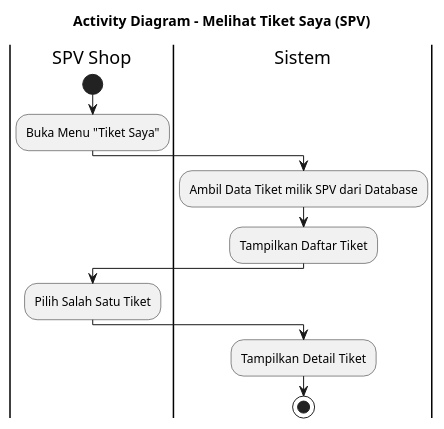
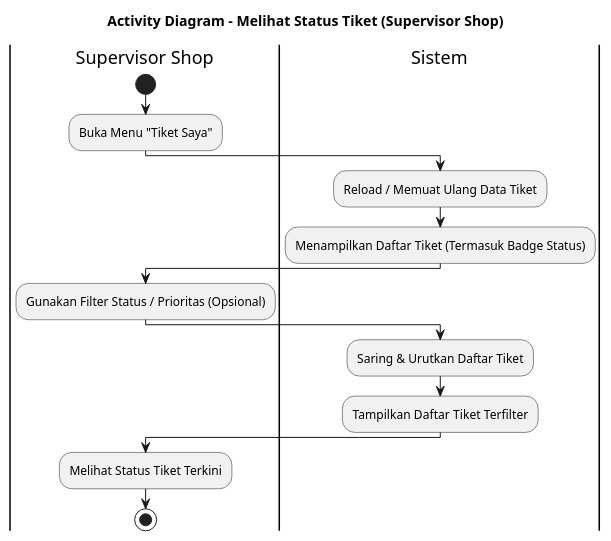
The third of 14 diagrams in docs/activity-diagrams.puml (mrahmatfadila/bissmillah-skripsi-web), drawn with PlantUML before and after one commit. The commit also changed other lines of this file and 62 other files, not shown here.

Commit message:
Update database and seeds with real Terminal 2 & 3 supervisor data and sync other project files

```diff
--- a/docs/activity-diagrams.puml
+++ b/docs/activity-diagrams.puml
@@ -43,14 +48,17 @@
-@startuml activity_melihat_tiket_saya
-title Activity Diagram - Melihat Tiket Saya (SPV)
-|SPV Shop|
+@startuml activity_melihat_status_tiket
+title Activity Diagram - Melihat Status Tiket (Supervisor Shop)
+|Supervisor Shop|
 start
 :Buka Menu "Tiket Saya";
 |Sistem|
-:Ambil Data Tiket milik SPV dari Database;
-:Tampilkan Daftar Tiket;
-|SPV Shop|
-:Pilih Salah Satu Tiket;
+:Reload / Memuat Ulang Data Tiket;
+:Menampilkan Daftar Tiket (Termasuk Badge Status);
+|Supervisor Shop|
+:Gunakan Filter Status / Prioritas (Opsional);
 |Sistem|
-:Tampilkan Detail Tiket;
+:Saring & Urutkan Daftar Tiket;
+:Tampilkan Daftar Tiket Terfilter;
+|Supervisor Shop|
+:Melihat Status Tiket Terkini;
 stop
 @enduml
```
